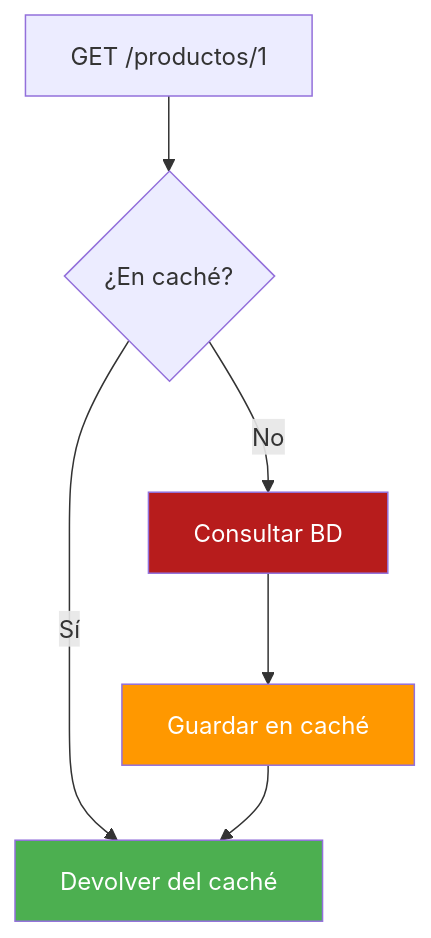
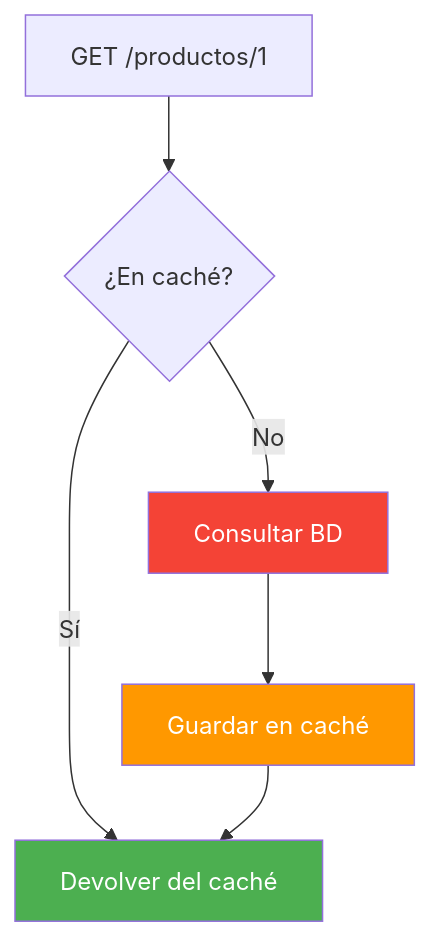
The eighth of 17 diagrams in 14-cache-redis.md (joseluisgs/DesarrolloWebEntornosServidor-02-2026-2027), drawn with Mermaid before and after one commit. The commit also changed other lines of this file and 17 other files, not shown here.

````diff
--- a/14-cache-redis.md
+++ b/14-cache-redis.md
@@ -302,11 +300,11 @@
 ```mermaid
 flowchart TD
     A["GET /productos/1"] --> B{"¿En caché?"}
     B -->|Sí| C["Devolver del caché"]
     B -->|No| D["Consultar BD"]
     D --> E["Guardar en caché"]
     E --> C
     style C fill:#4CAF50,color:#fff
-    style D fill:#B71C1C,color:#fff
+    style D fill:#f44336,color:#fff
     style E fill:#FF9800,color:#fff
 ```
````
